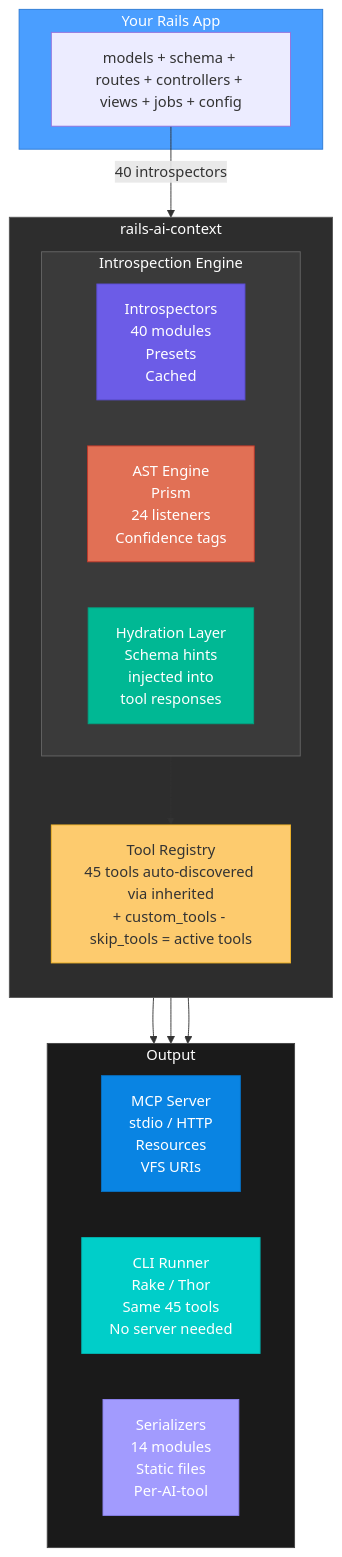
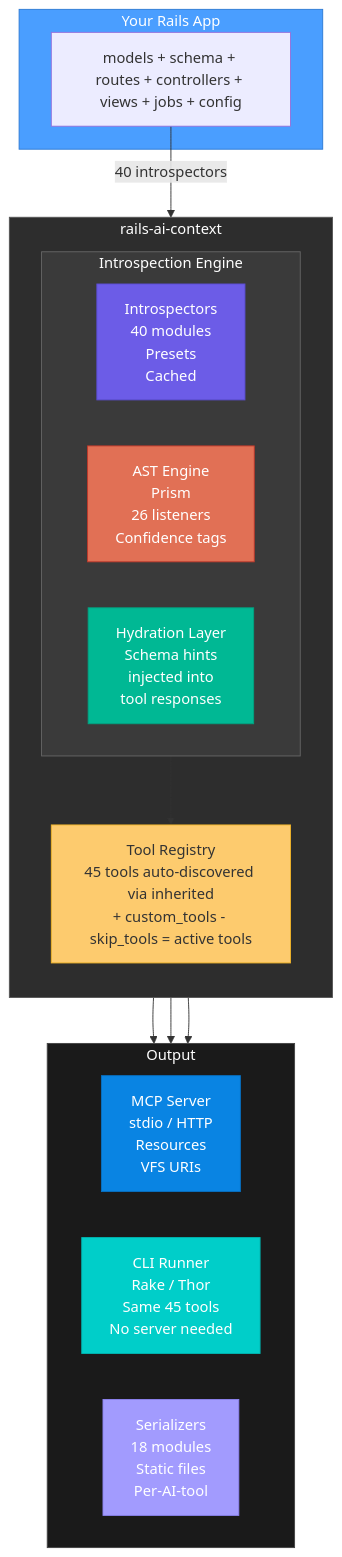
Before and after one commit to crisnahine/rails-ai-context: the first of 3 diagrams in docs/ARCHITECTURE.md, drawn with Mermaid. The commit also changed other lines of this file and 3 other files, not shown here.

````diff
--- a/docs/ARCHITECTURE.md
+++ b/docs/ARCHITECTURE.md
@@ -15,44 +15,44 @@
 ```mermaid
 graph TD
     subgraph app["Your Rails App"]
         A["models + schema + routes + controllers + views + jobs + config"]
     end
 
     A -->|"40 introspectors"| gem
 
     subgraph gem["rails-ai-context"]
         direction TB
 
         subgraph engine["Introspection Engine"]
             direction LR
             I["Introspectors\n40 modules\nPresets\nCached"]
-            AST["AST Engine\nPrism\n24 listeners\nConfidence tags"]
+            AST["AST Engine\nPrism\n26 listeners\nConfidence tags"]
             H["Hydration Layer\nSchema hints\ninjected into\ntool responses"]
         end
 
         engine --> R["Tool Registry\n45 tools auto-discovered via inherited\n+ custom_tools - skip_tools = active tools"]
     end
 
     R --> MCP
     R --> CLI
     R --> S
 
     subgraph outputs["Output"]
         direction LR
         MCP["MCP Server\nstdio / HTTP\nResources\nVFS URIs"]
         CLI["CLI Runner\nRake / Thor\nSame 45 tools\nNo server needed"]
-        S["Serializers\n14 modules\nStatic files\nPer-AI-tool"]
+        S["Serializers\n18 modules\nStatic files\nPer-AI-tool"]
     end
 
     style app fill:#4a9eff,stroke:#2d7ad4,color:#fff
     style gem fill:#2d2d2d,stroke:#555,color:#fff
     style engine fill:#3a3a3a,stroke:#666,color:#fff
     style outputs fill:#1a1a1a,stroke:#444,color:#fff
     style I fill:#6c5ce7,stroke:#5a4bd1,color:#fff
     style AST fill:#e17055,stroke:#c0392b,color:#fff
     style H fill:#00b894,stroke:#00a381,color:#fff
     style R fill:#fdcb6e,stroke:#f0b429,color:#333
     style MCP fill:#0984e3,stroke:#0770c2,color:#fff
     style CLI fill:#00cec9,stroke:#00b5b0,color:#fff
     style S fill:#a29bfe,stroke:#8c83f0,color:#fff
 ```
````
